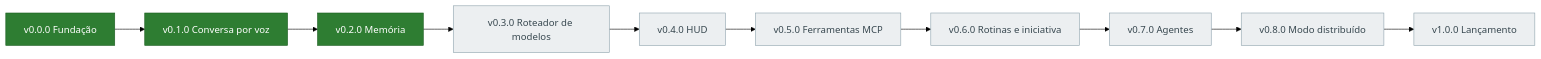
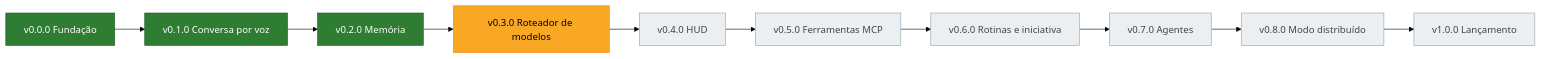
Before and after one commit to Gabitoprof/Nora: the second of 4 diagrams in docs/MAPA_MENTAL.md, drawn with Mermaid (forest theme). The commit also changed other lines of this file and 7 other files, not shown here.

First line of the commit message:
docs: refresh README, roadmap, mind map and guides for v0.2.0; rule to refresh all docs per stage

````diff
--- a/docs/MAPA_MENTAL.md
+++ b/docs/MAPA_MENTAL.md
@@ -102,16 +110,16 @@
 ```mermaid
 flowchart LR
   v00["v0.0.0 Fundação"]:::done --> v01["v0.1.0 Conversa por voz"]:::done
   v01 --> v02["v0.2.0 Memória"]:::done
-  v02 --> v03["v0.3.0 Roteador de modelos"]:::pend
+  v02 --> v03["v0.3.0 Roteador de modelos"]:::doing
   v03 --> v04["v0.4.0 HUD"]:::pend
   v04 --> v05["v0.5.0 Ferramentas MCP"]:::pend
   v05 --> v06["v0.6.0 Rotinas e iniciativa"]:::pend
   v06 --> v07["v0.7.0 Agentes"]:::pend
   v07 --> v08["v0.8.0 Modo distribuído"]:::pend
   v08 --> v10["v1.0.0 Lançamento"]:::pend
 
   classDef done fill:#2e7d32,stroke:#1b5e20,color:#fff
   classDef doing fill:#f9a825,stroke:#f57f17,color:#000
   classDef pend fill:#eceff1,stroke:#90a4ae,color:#37474f
 ```
````
